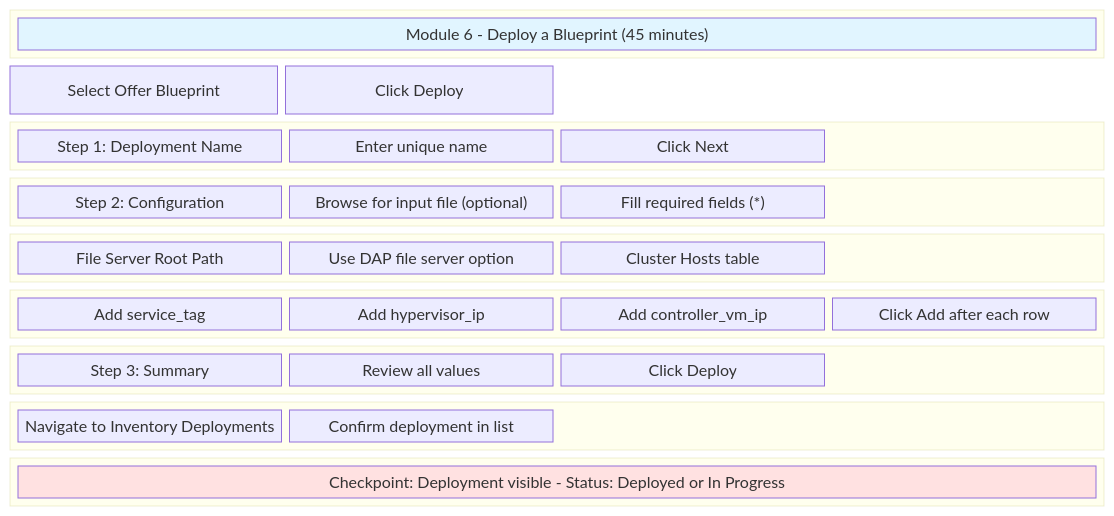
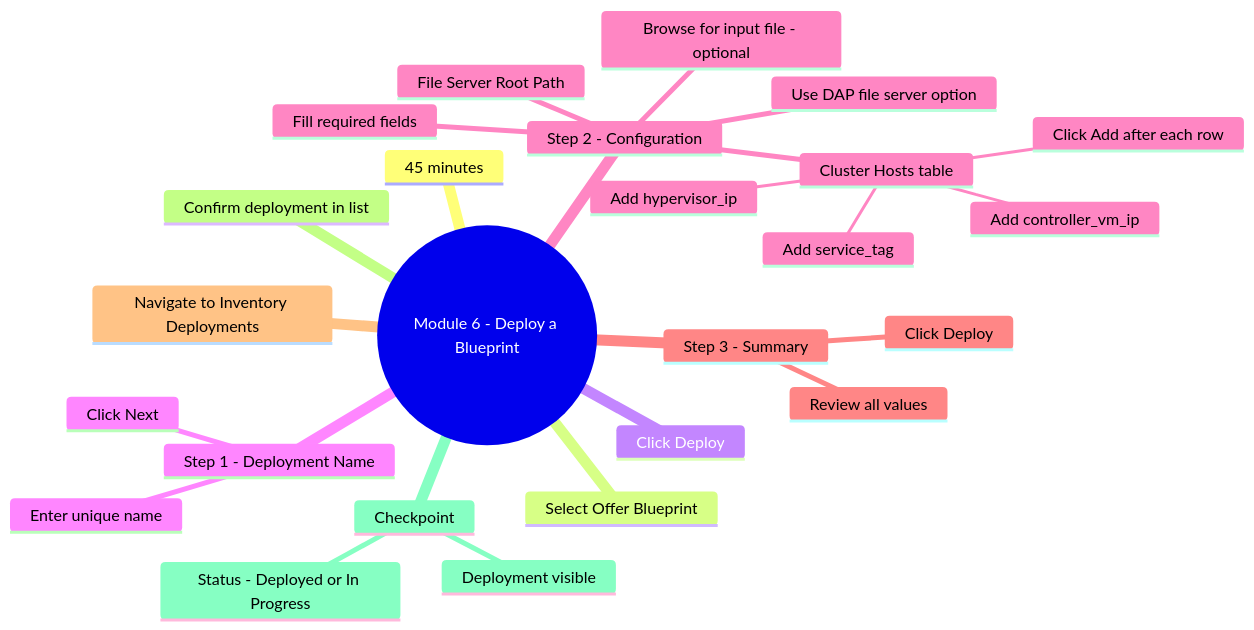
Before and after one commit to tme-tech-ops/take-it-for-a-spin-partner-training: the diagram in docs/Instructor_Screen_Flow/slide_07_module6_deploy.mmd, drawn with Mermaid. The commit also changed 9 other files, not shown here.

First line of the commit message:
Convert diagrams to mindmap format with minimal boxes

```diff
--- a/docs/Instructor_Screen_Flow/slide_07_module6_deploy.mmd
+++ b/docs/Instructor_Screen_Flow/slide_07_module6_deploy.mmd
@@ -1,58 +1,26 @@
-block-beta
-    columns 4
-    
-    block:header:4
-        A["Module 6 - Deploy a Blueprint (45 minutes)"]
-    end
-    
-    B["Select Offer Blueprint"]
-    C["Click Deploy"]
-    space:2
-    
-    block:step1:4
-        D["Step 1: Deployment Name"]
-        E["Enter unique name"]
-        F["Click Next"]
-        space
-    end
-    
-    block:step2:4
-        G["Step 2: Configuration"]
-        H["Browse for input file (optional)"]
-        I["Fill required fields (*)"]
-        space
-    end
-    
-    block:fields:4
-        J["File Server Root Path"]
-        K["Use DAP file server option"]
-        L["Cluster Hosts table"]
-        space
-    end
-    
-    block:table:4
-        M["Add service_tag"]
-        N["Add hypervisor_ip"]
-        O["Add controller_vm_ip"]
-        P["Click Add after each row"]
-    end
-    
-    block:step3:4
-        Q["Step 3: Summary"]
-        R["Review all values"]
-        S["Click Deploy"]
-        space
-    end
-    
-    block:verify:4
-        T["Navigate to Inventory Deployments"]
-        U["Confirm deployment in list"]
-        space:2
-    end
-    
-    block:checkpoint:4
-        V["Checkpoint: Deployment visible - Status: Deployed or In Progress"]
-    end
-
-    style A fill:#e1f5ff
-    style V fill:#ffe1e1
+mindmap
+  root((Module 6 - Deploy a Blueprint))
+    45 minutes
+    Select Offer Blueprint
+    Click Deploy
+    Step 1 - Deployment Name
+      Enter unique name
+      Click Next
+    Step 2 - Configuration
+      Browse for input file - optional
+      Fill required fields
+      File Server Root Path
+      Use DAP file server option
+      Cluster Hosts table
+        Add service_tag
+        Add hypervisor_ip
+        Add controller_vm_ip
+        Click Add after each row
+    Step 3 - Summary
+      Review all values
+      Click Deploy
+    Navigate to Inventory Deployments
+    Confirm deployment in list
+    Checkpoint
+      Deployment visible
+      Status - Deployed or In Progress
```
